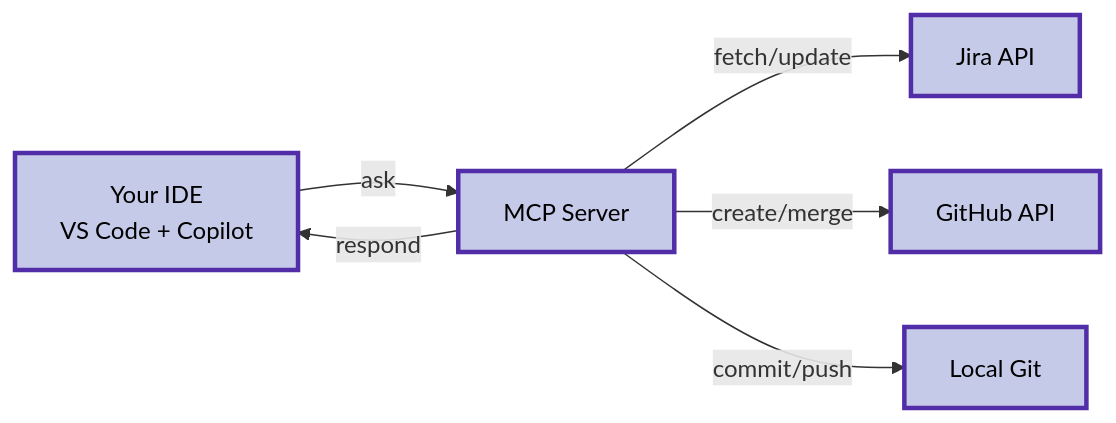
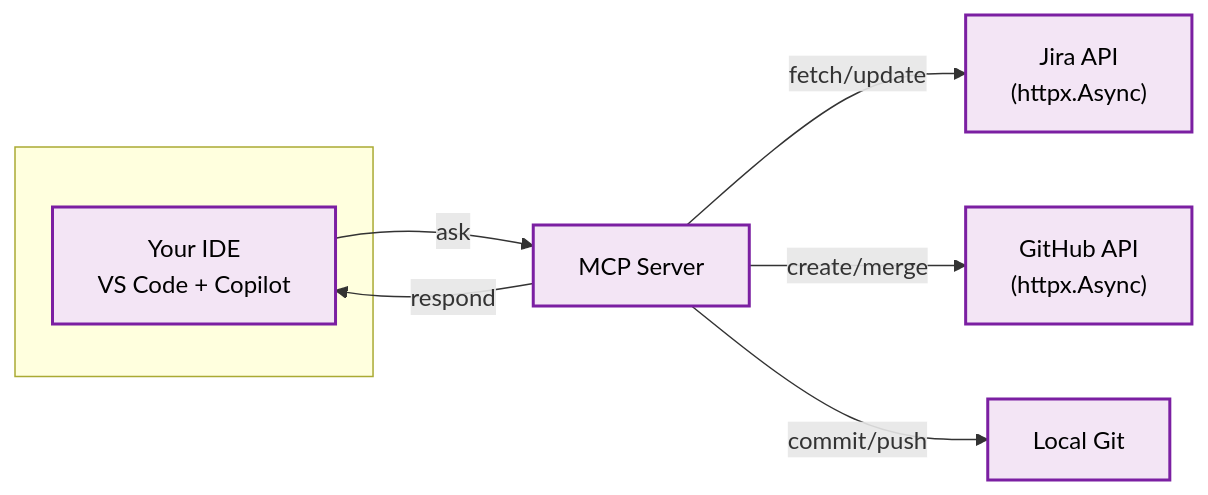
Before and after one commit to TamarEngel/jira-github-mcp: the diagram in README.md, drawn with Mermaid.

````diff
--- a/README.md
+++ b/README.md
@@ -179,20 +179,23 @@
 ```mermaid
 graph LR
-    IDE["Your IDE<br/>VS Code + Copilot"]
+    subgraph " "
+        IDE["Your IDE<br/>VS Code + Copilot"]
+    end
+    
     MCP["MCP Server"]
-    JIRA["Jira API"]
-    GITHUB["GitHub API"]
+    JIRA["Jira API<br/>(httpx.Async)"]
+    GITHUB["GitHub API<br/>(httpx.Async)"]
     GIT["Local Git"]
     
     IDE -->|ask| MCP
     MCP -->|fetch/update| JIRA
     MCP -->|create/merge| GITHUB
     MCP -->|commit/push| GIT
     MCP -->|respond| IDE
     
-    style IDE fill:#c5cae9,stroke:#512da8,stroke-width:3px,color:#000
-    style MCP fill:#c5cae9,stroke:#512da8,stroke-width:3px,color:#000
-    style JIRA fill:#c5cae9,stroke:#512da8,stroke-width:3px,color:#000
-    style GITHUB fill:#c5cae9,stroke:#512da8,stroke-width:3px,color:#000
-    style GIT fill:#c5cae9,stroke:#512da8,stroke-width:3px,color:#000
+    style IDE fill:#f3e5f5,stroke:#7b1fa2,stroke-width:2px,color:#000
+    style MCP fill:#f3e5f5,stroke:#7b1fa2,stroke-width:2px,color:#000
+    style JIRA fill:#f3e5f5,stroke:#7b1fa2,stroke-width:2px,color:#000
+    style GITHUB fill:#f3e5f5,stroke:#7b1fa2,stroke-width:2px,color:#000
+    style GIT fill:#f3e5f5,stroke:#7b1fa2,stroke-width:2px,color:#000
 ```
````
